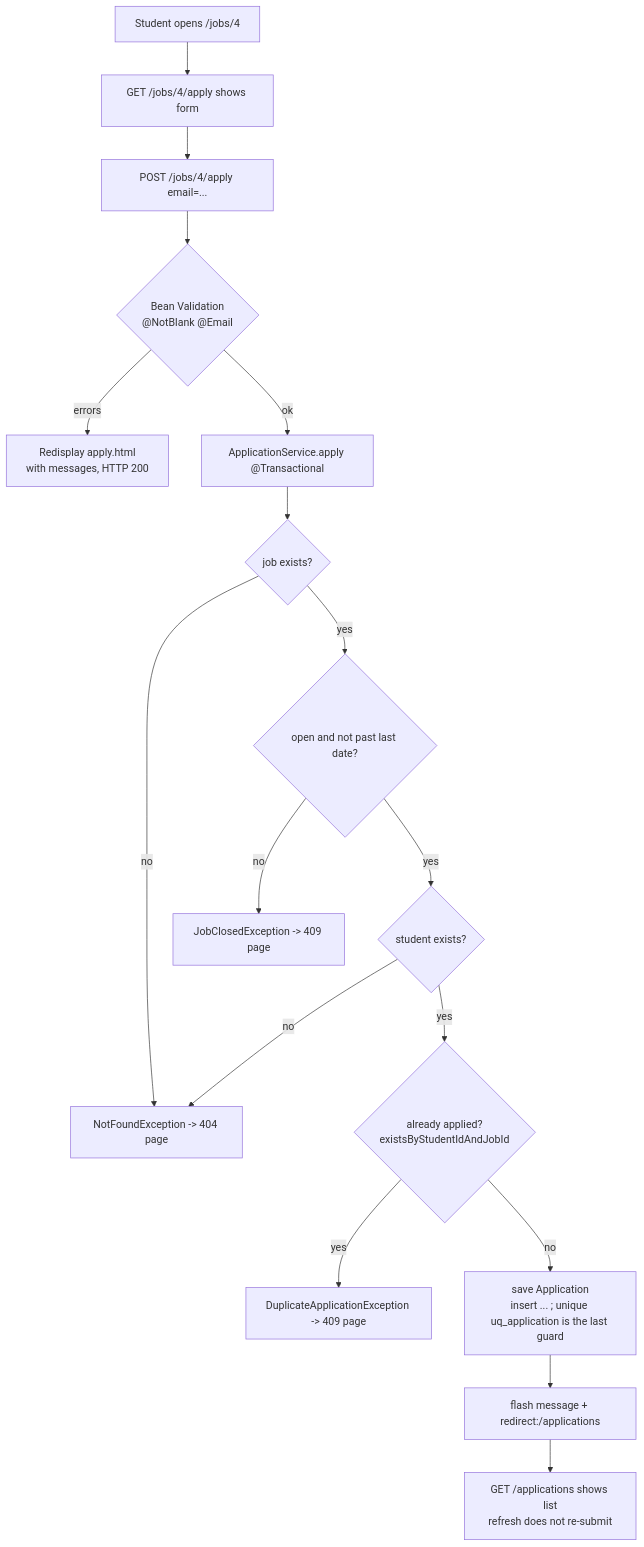
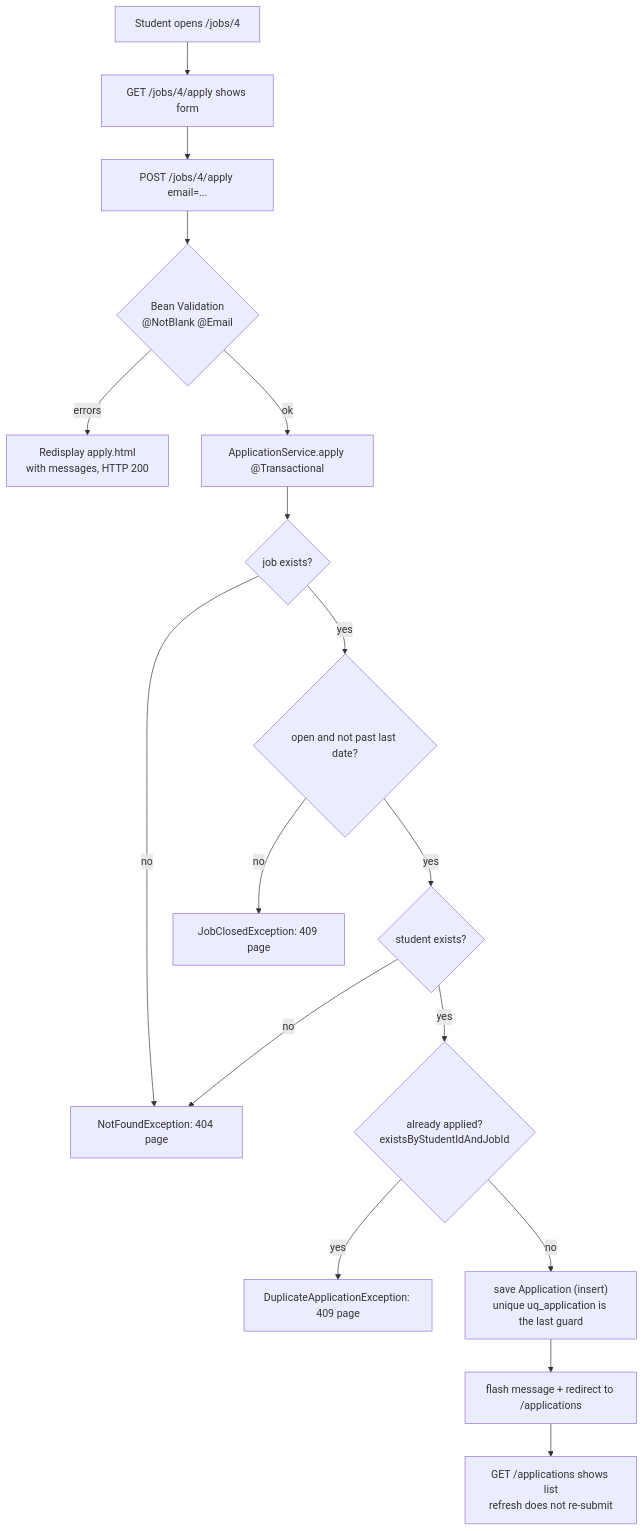
Before and after one commit to prajapatirv/placement-portal-springmvc-hibernate: the third of 9 diagrams in docs/03-architecture-and-flows.md, drawn with Mermaid. The commit also changed other lines of this file, not shown here.

First line of the commit message:
Fix Mermaid diagrams that GitHub could not render

````diff
--- a/docs/03-architecture-and-flows.md
+++ b/docs/03-architecture-and-flows.md
@@ -77,19 +77,19 @@
 ```mermaid
 flowchart TD
     A[Student opens /jobs/4] --> B[GET /jobs/4/apply shows form]
     B --> C[POST /jobs/4/apply email=...]
-    C --> D{Bean Validation<br/>@NotBlank @Email}
+    C --> D{"Bean Validation<br/>@NotBlank @Email"}
     D -- errors --> E[Redisplay apply.html<br/>with messages, HTTP 200]
-    D -- ok --> F[ApplicationService.apply @Transactional]
+    D -- ok --> F["ApplicationService.apply @Transactional"]
     F --> G{job exists?}
-    G -- no --> N404[NotFoundException -> 404 page]
-    G -- yes --> H{open and not past last date?}
-    H -- no --> N409a[JobClosedException -> 409 page]
+    G -- no --> N404["NotFoundException: 404 page"]
+    G -- yes --> H{"open and not past last date?"}
+    H -- no --> N409a["JobClosedException: 409 page"]
     H -- yes --> I{student exists?}
     I -- no --> N404
-    I -- yes --> J{already applied?<br/>existsByStudentIdAndJobId}
-    J -- yes --> N409b[DuplicateApplicationException -> 409 page]
-    J -- no --> K[save Application<br/>insert ... ; unique uq_application is the last guard]
-    K --> L[flash message + redirect:/applications]
+    I -- yes --> J{"already applied?<br/>existsByStudentIdAndJobId"}
+    J -- yes --> N409b["DuplicateApplicationException: 409 page"]
+    J -- no --> K["save Application (insert)<br/>unique uq_application is the last guard"]
+    K --> L["flash message + redirect to /applications"]
     L --> M[GET /applications shows list<br/>refresh does not re-submit]
 ```
````
